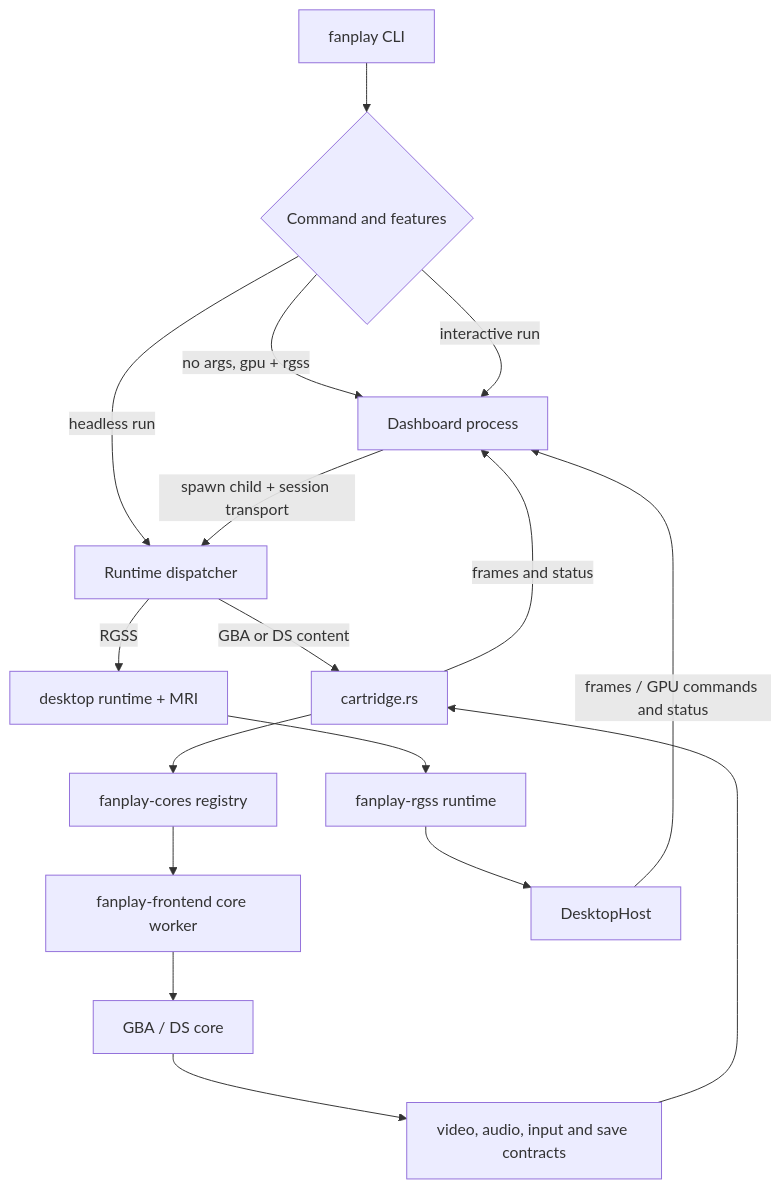
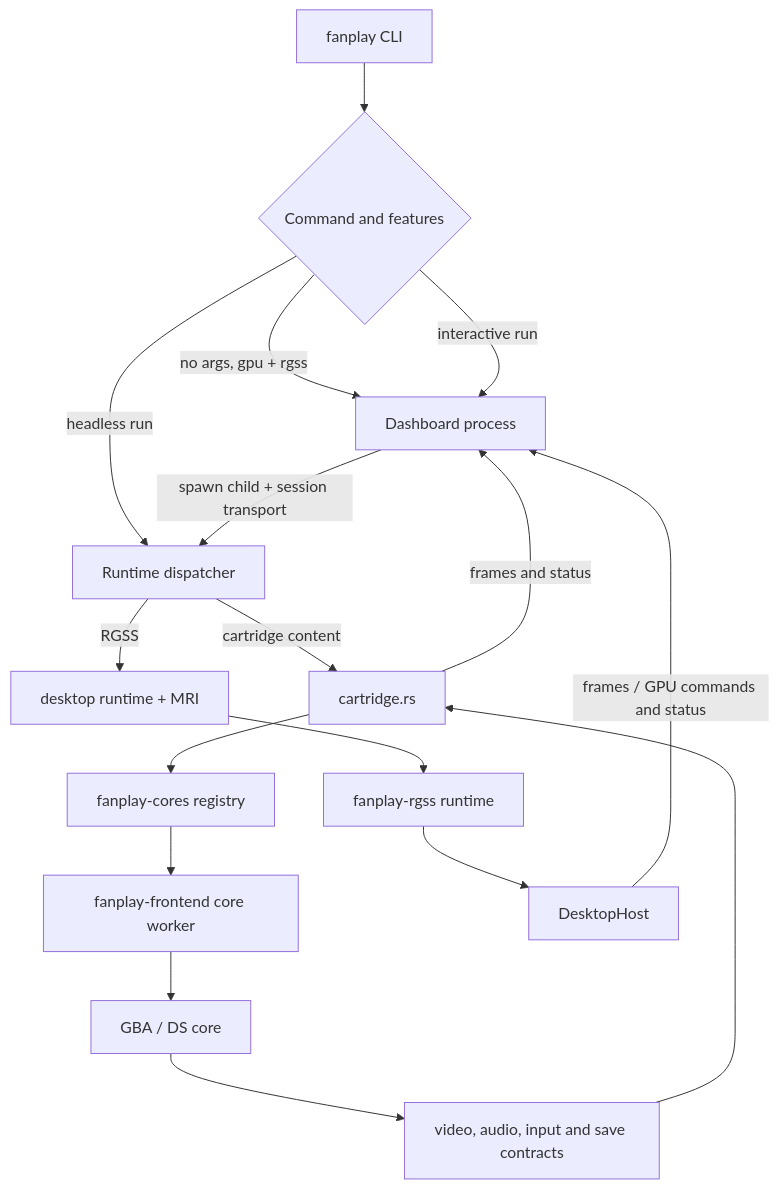
Before and after one commit to Rucadi/rsxp: the first of 3 diagrams in docs/architecture.md, drawn with Mermaid. The commit also changed other lines of this file and 41 other files, not shown here.

````diff
--- a/docs/architecture.md
+++ b/docs/architecture.md
@@ -34,19 +35,19 @@
 ```mermaid
 flowchart TD
     CLI[fanplay CLI] --> Dispatch{Command and features}
     Dispatch -->|no args, gpu + rgss| Dashboard[Dashboard process]
     Dispatch -->|interactive run| Dashboard
     Dispatch -->|headless run| Runner[Runtime dispatcher]
     Dashboard -->|spawn child + session transport| Runner
-    Runner -->|GBA or DS content| Cartridge[cartridge.rs]
+    Runner -->|cartridge content| Cartridge[cartridge.rs]
     Cartridge --> Catalog[fanplay-cores registry]
     Catalog --> Worker[fanplay-frontend core worker]
     Worker --> Core[GBA / DS core]
     Runner -->|RGSS| NativeRGSS[desktop runtime + MRI]
     NativeRGSS --> Engine[fanplay-rgss runtime]
     Core --> Media[video, audio, input and save contracts]
     Media --> Cartridge
     Engine --> Host[DesktopHost]
     Cartridge -->|frames and status| Dashboard
     Host -->|frames / GPU commands and status| Dashboard
 ```
````
